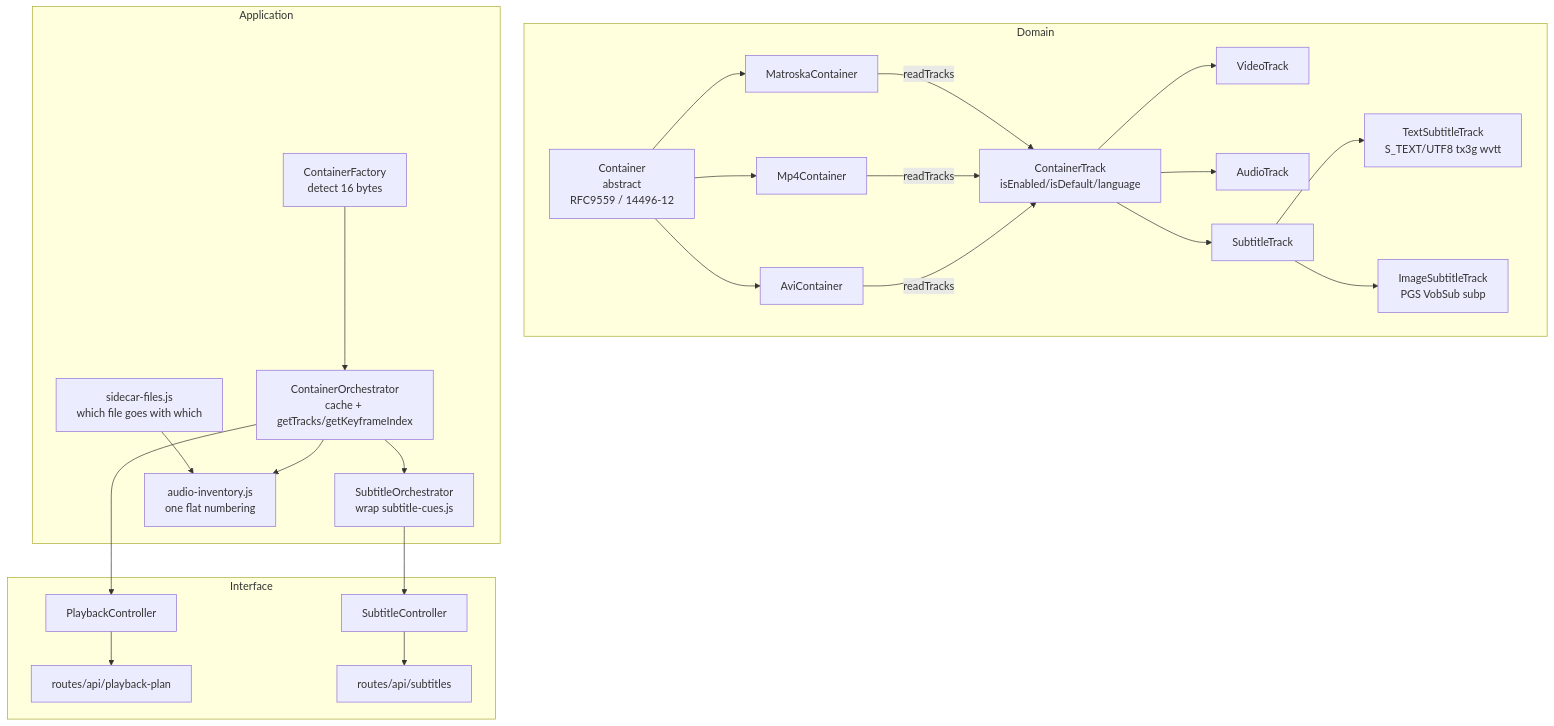
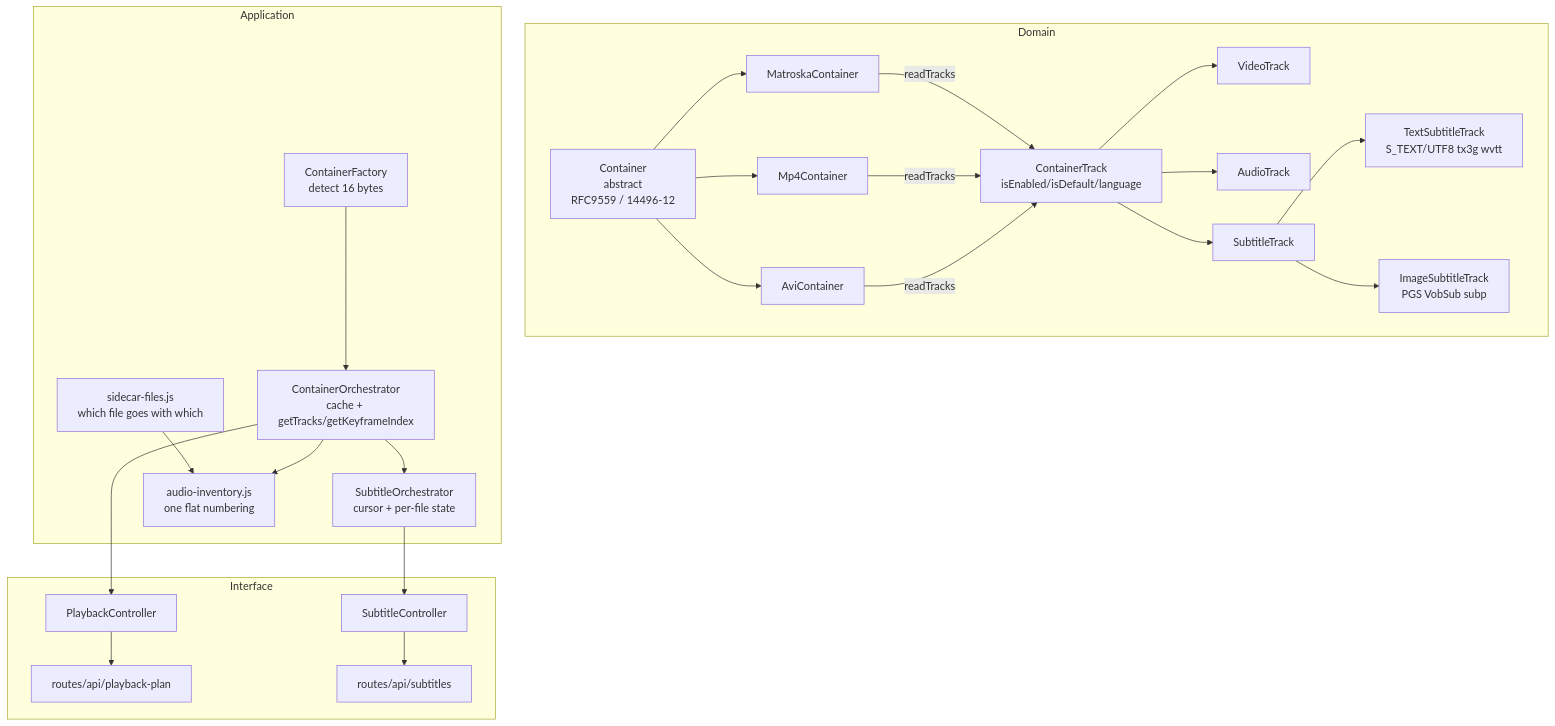
The diagram in docs/container-architecture.md (torrent-tv/proxy), drawn with Mermaid before and after one commit. The commit also changed other lines of this file and 26 other files, not shown here.

````diff
--- a/docs/container-architecture.md
+++ b/docs/container-architecture.md
@@ -99,40 +103,40 @@
 ```mermaid
 flowchart TB
   subgraph Domain
     C[Container<br/>abstract<br/>RFC9559 / 14496-12]
     MC[MatroskaContainer]
     MpC[Mp4Container]
     AC[AviContainer]
     CT[ContainerTrack<br/>isEnabled/isDefault/language]
     VT[VideoTrack]
     AT[AudioTrack]
     ST[SubtitleTrack]
     TST[TextSubtitleTrack<br/>S_TEXT/UTF8 tx3g wvtt]
     IST[ImageSubtitleTrack<br/>PGS VobSub subp]
     C --> MC & MpC & AC
     CT --> VT & AT & ST
     ST --> TST & IST
     MC & MpC & AC -- readTracks --> CT
   end
   subgraph Application
     CF[ContainerFactory<br/>detect 16 bytes]
     CO[ContainerOrchestrator<br/>cache + getTracks/getKeyframeIndex]
-    SO[SubtitleOrchestrator<br/>wrap subtitle-cues.js]
+    SO[SubtitleOrchestrator<br/>cursor + per-file state]
     SF[sidecar-files.js<br/>which file goes with which]
     AI[audio-inventory.js<br/>one flat numbering]
     CF --> CO
     CO --> SO
     SF --> AI
     CO --> AI
   end
   subgraph Interface
     PC[PlaybackController]
     SC[SubtitleController]
     R1[routes/api/playback-plan]
     R2[routes/api/subtitles]
     PC --> R1
     SC --> R2
     CO --> PC
     SO --> SC
   end
 ```
````
